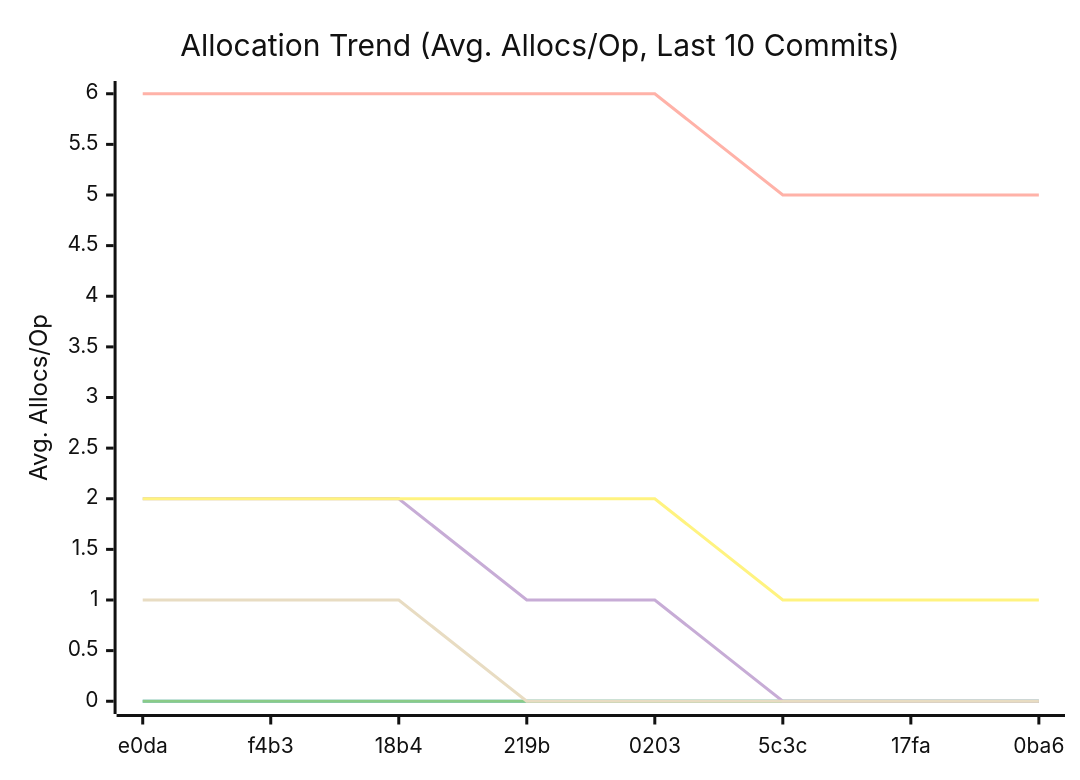
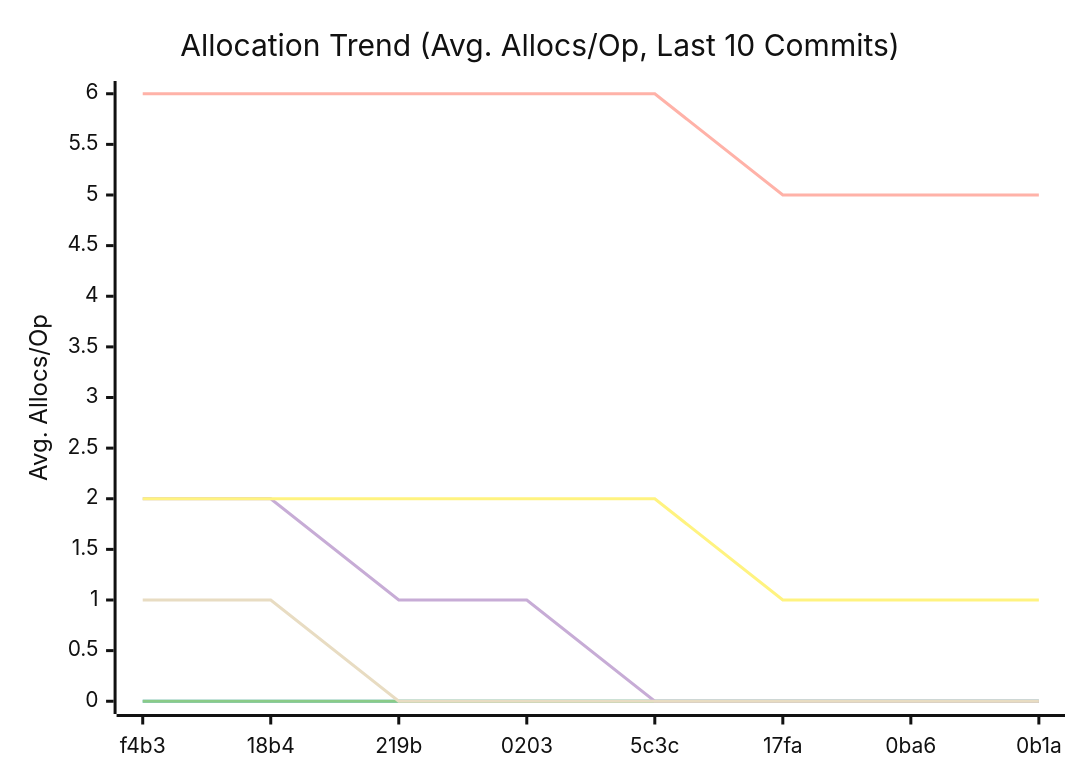
Before and after one commit to alsotoes/momo: the third of 3 diagrams in docs/README.md, drawn with Mermaid (neutral theme). The commit also changed other lines of this file and 1 other file, not shown here.

````diff
--- a/docs/README.md
+++ b/docs/README.md
@@ -218,14 +218,14 @@
 ```mermaid
 xychart-beta
     title "Allocation Trend (Avg. Allocs/Op, Last 10 Commits)"
     x-axis "Commit"
     y-axis "Avg. Allocs/Op"
-    x-axis [e0da,f4b3,18b4,219b,0203,5c3c,17fa,0ba6]
+    x-axis [f4b3,18b4,219b,0203,5c3c,17fa,0ba6,0b1a]
     line "CheckMetricsAndSwap" [0,0,0,0,0,0,0,0,0,0]
     line "IndexDirectTracking" [0,0,0,0,0,0,0,0,0,0]
     line "IndexSearch" [0,0,0,0,0,0,0,0,0,0]
-    line "LoadGlobalConfig" [2,2,2,1,1,0,0,0,0,0]
-    line "PadString" [1,1,1,0,0,0,0,0,0,0]
+    line "LoadGlobalConfig" [2,2,1,1,0,0,0,0,0,0]
+    line "PadString" [1,1,0,0,0,0,0,0,0,0]
     line "ParseReplicationOrder_NoPrealloc" [6,6,6,6,6,5,5,5,5,5]
     line "ParseReplicationOrder_Prealloc" [2,2,2,2,2,1,1,1,1,1]
 ```
````
